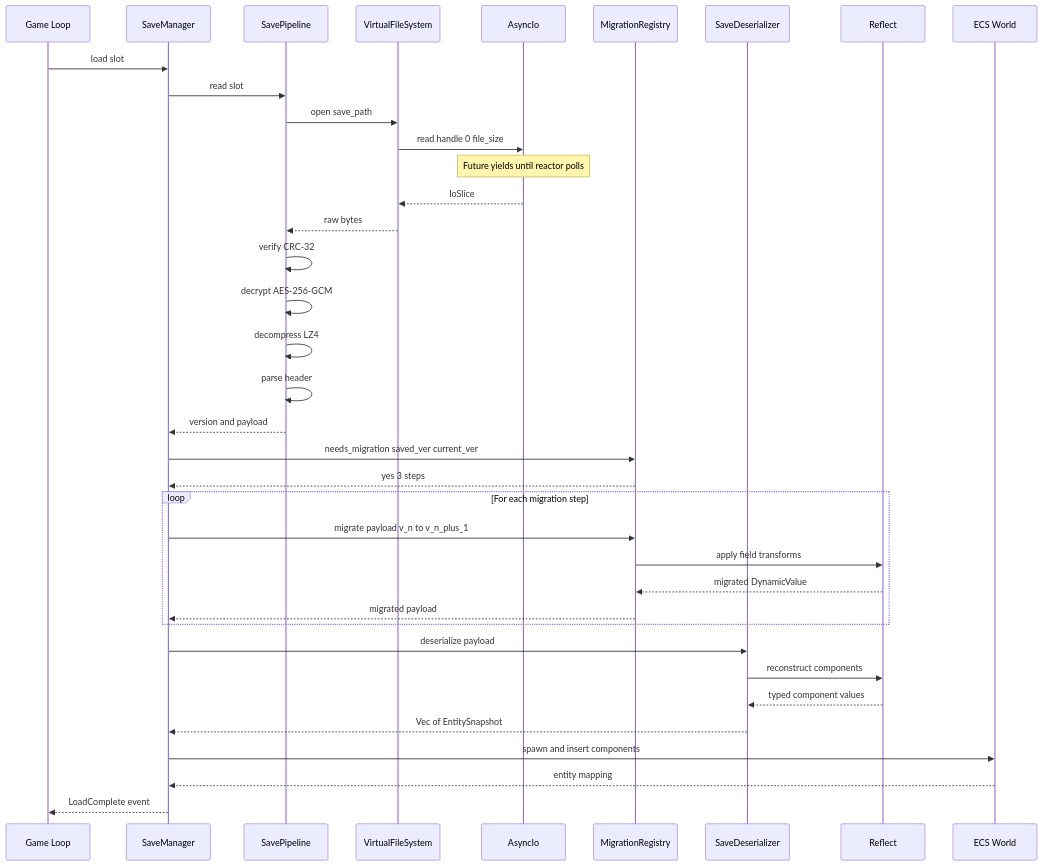
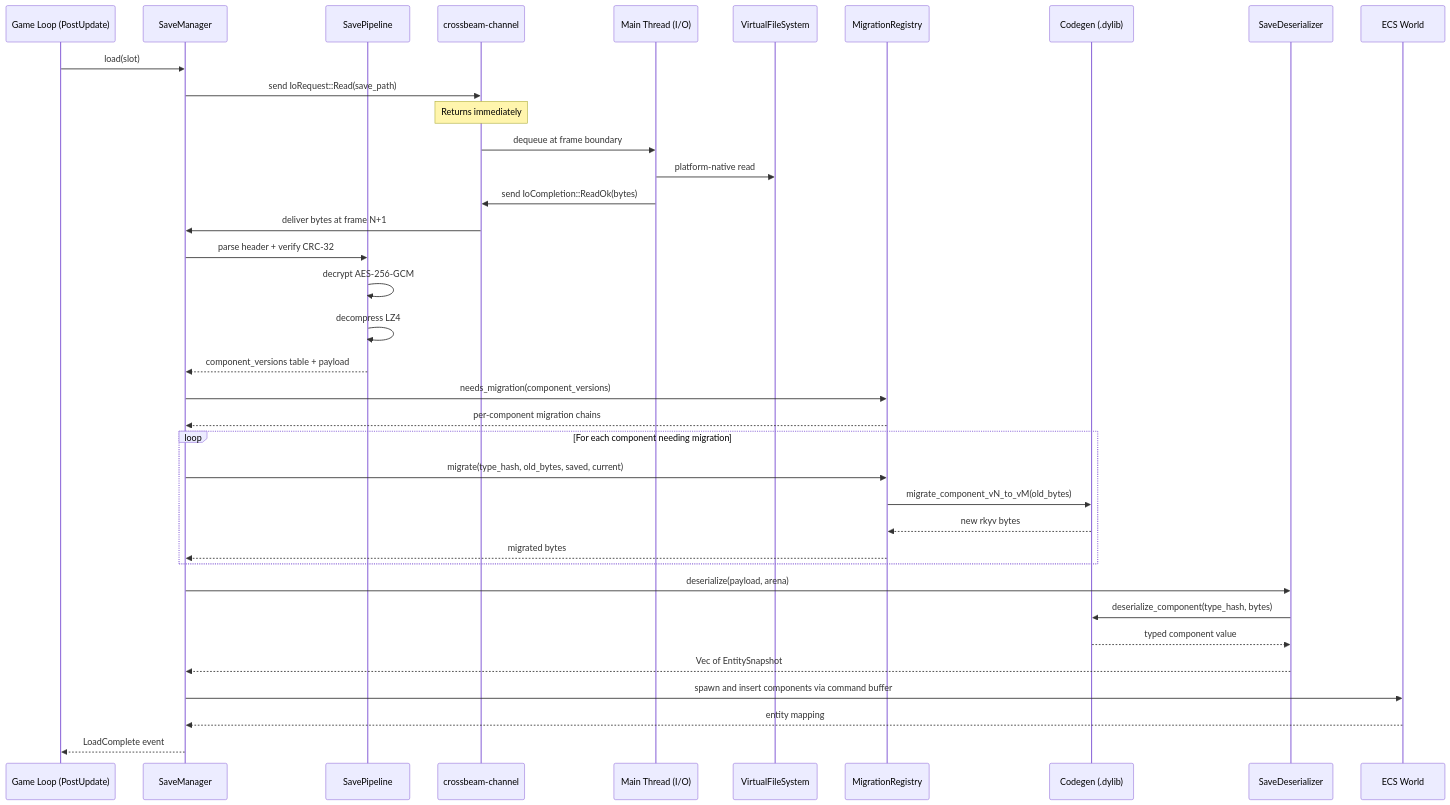
Before and after one commit to harmonius-dev/harmonius: the fourth of 8 diagrams in docs/design/game-framework/save-system.md, drawn with Mermaid. The commit also changed other lines of this file and 174 other files, not shown here.

````diff
--- a/docs/design/game-framework/save-system.md
+++ b/docs/design/game-framework/save-system.md
@@ -879,45 +1019,45 @@
 ```mermaid
 sequenceDiagram
-    participant G as Game Loop
+    participant G as Game Loop (PostUpdate)
     participant SM as SaveManager
     participant SP as SavePipeline
+    participant CH as crossbeam-channel
+    participant MT as Main Thread (I/O)
     participant VFS as VirtualFileSystem
-    participant AIO as AsyncIo
     participant MG as MigrationRegistry
+    participant CG as Codegen (.dylib)
     participant SD as SaveDeserializer
-    participant RF as Reflect
     participant W as ECS World
 
-    G->>SM: load slot
-    SM->>SP: read slot
-    SP->>VFS: open save_path
-    VFS->>AIO: read handle 0 file_size
-    Note over AIO: Future yields until reactor polls
-    AIO-->>VFS: IoSlice
-    VFS-->>SP: raw bytes
+    G->>SM: load(slot)
+    SM->>CH: send IoRequest::Read(save_path)
+    Note over CH: Returns immediately
+    CH->>MT: dequeue at frame boundary
+    MT->>VFS: platform-native read
+    MT->>CH: send IoCompletion::ReadOk(bytes)
+    CH->>SM: deliver bytes at frame N+1
 
-    SP->>SP: verify CRC-32
+    SM->>SP: parse header + verify CRC-32
     SP->>SP: decrypt AES-256-GCM
     SP->>SP: decompress LZ4
-    SP->>SP: parse header
-    SP-->>SM: version and payload
+    SP-->>SM: component_versions table + payload
 
-    SM->>MG: needs_migration saved_ver current_ver
-    MG-->>SM: yes 3 steps
+    SM->>MG: needs_migration(component_versions)
+    MG-->>SM: per-component migration chains
 
-    loop For each migration step
-        SM->>MG: migrate payload v_n to v_n_plus_1
-        MG->>RF: apply field transforms
-        RF-->>MG: migrated DynamicValue
-        MG-->>SM: migrated payload
+    loop For each component needing migration
+        SM->>MG: migrate(type_hash, old_bytes, saved, current)
+        MG->>CG: migrate_component_vN_to_vM(old_bytes)
+        CG-->>MG: new rkyv bytes
+        MG-->>SM: migrated bytes
     end
 
-    SM->>SD: deserialize payload
-    SD->>RF: reconstruct components
-    RF-->>SD: typed component values
+    SM->>SD: deserialize(payload, arena)
+    SD->>CG: deserialize_component(type_hash, bytes)
+    CG-->>SD: typed component value
     SD-->>SM: Vec of EntitySnapshot
 
-    SM->>W: spawn and insert components
+    SM->>W: spawn and insert components via command buffer
     W-->>SM: entity mapping
     SM-->>G: LoadComplete event
 ```
````
